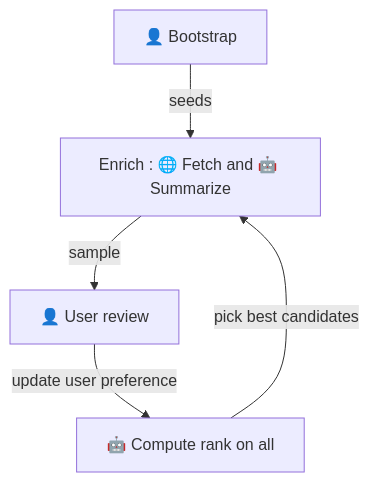
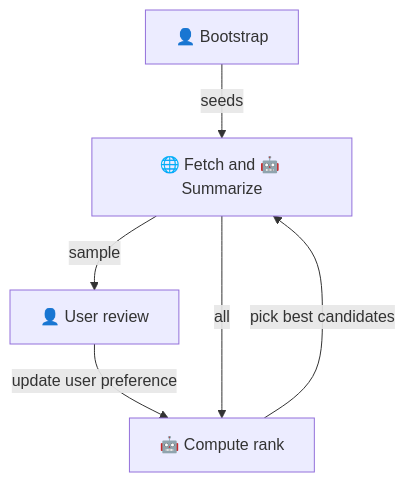
Before and after one commit to xdze2/anpe2k26: the diagram in docs/specs/11_exploration_loop.md, drawn with Mermaid. The commit also changed 4 other files, not shown here.

First line of the commit message:
Docs: pivot to one-command-per-step architecture

````diff
--- a/docs/specs/11_exploration_loop.md
+++ b/docs/specs/11_exploration_loop.md
@@ -14,12 +14,13 @@
 ```mermaid
 flowchart TB
     BOOTSTRAP["👤 Bootstrap"]
-    ENRICH["Enrich : 🌐 Fetch and 🤖 Summarize"]
+    ENRICH["🌐 Fetch and 🤖 Summarize"]
     REVIEW["👤 User review"]
-    EVAL["🤖  Compute rank on all"]
+    EVAL["🤖  Compute rank"]
 
     BOOTSTRAP -- seeds --> ENRICH
     ENRICH -- sample --> REVIEW
     REVIEW -- update user preference --> EVAL
+    ENRICH -- all --> EVAL
     EVAL -- pick best candidates --> ENRICH
 ```
````
